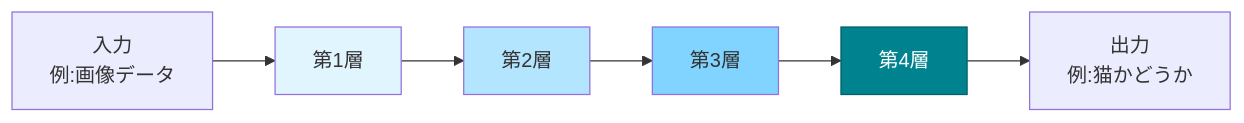
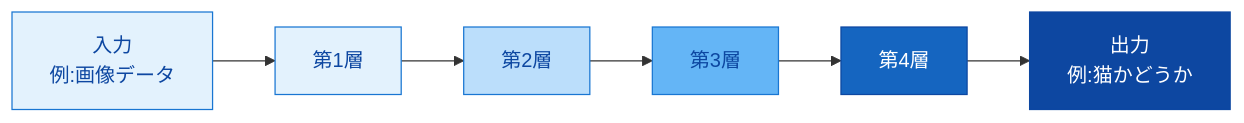
Before and after one commit to cyber-freaks-jp/AI_Driven_Development_Course: the first of 2 diagrams in book/pages/ディープラーニングとは.md, drawn with Mermaid. The commit also changed 12 other files, not shown here.

````diff
--- a/book/pages/ディープラーニングとは.md
+++ b/book/pages/ディープラーニングとは.md
@@ -9,13 +9,15 @@
 ```mermaid
 graph LR
     A[入力<br/>例:画像データ] --> B[第1層]
     B --> C[第2層]
     C --> D[第3層]
     D --> E[第4層]
     E --> F[出力<br/>例:猫かどうか]
 
-    style B fill:#e1f5ff
-    style C fill:#b3e5ff
-    style D fill:#80d4ff
-    style E fill:#00838F,color:#FFFFFF,stroke:#006064
+    style A fill:#e3f2fd,color:#0d47a1,stroke:#1976d2
+    style B fill:#e3f2fd,color:#0d47a1,stroke:#1976d2
+    style C fill:#bbdefb,color:#0d47a1,stroke:#1976d2
+    style D fill:#64b5f6,color:#0d47a1,stroke:#1976d2
+    style E fill:#1565c0,color:#ffffff,stroke:#0d47a1
+    style F fill:#0d47a1,color:#ffffff,stroke:#0d47a1
 ```
````
